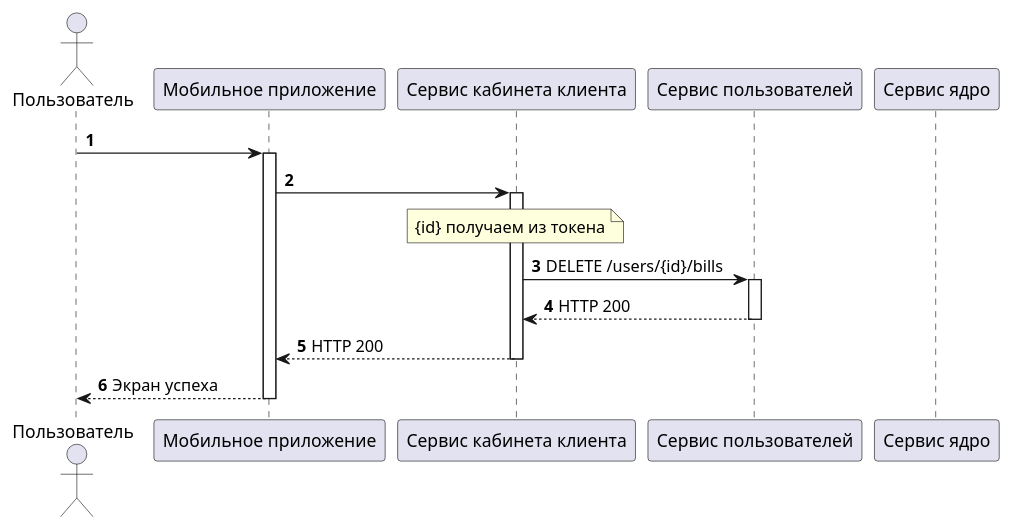
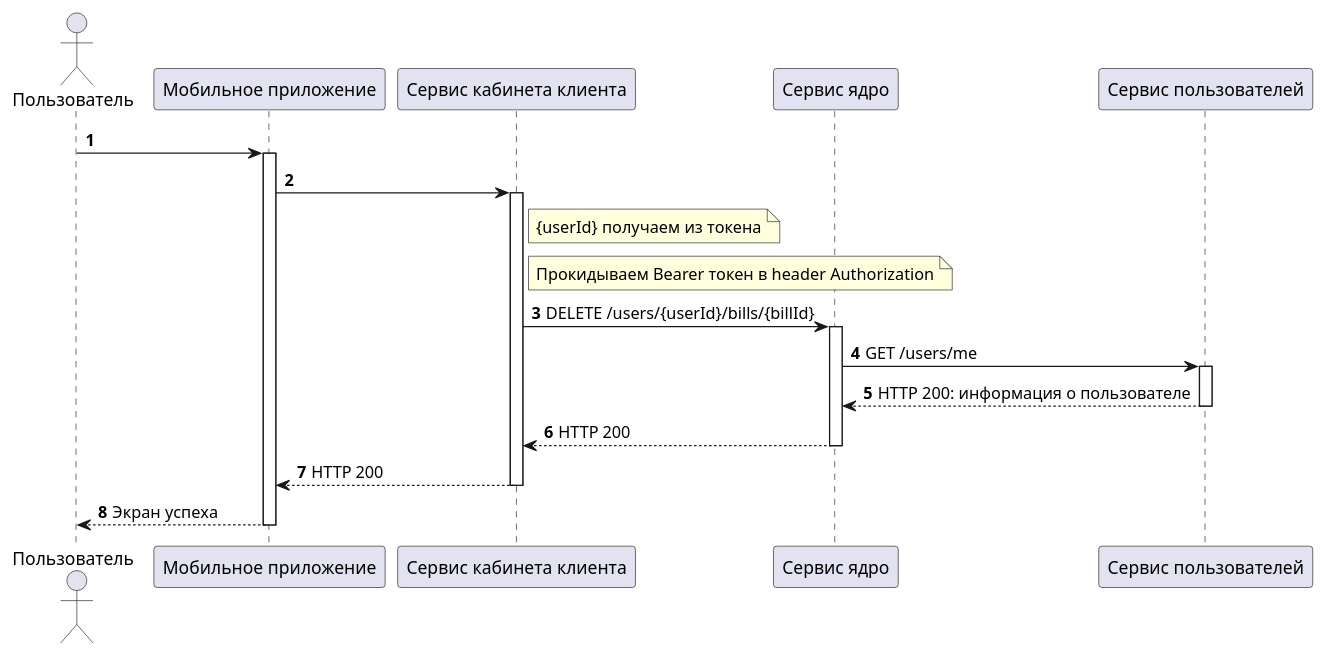
Before and after one commit to AlekseyFeofilov/HubaBank: the diagram in diagrams/client/Закрыть счет.puml, drawn with PlantUML. The commit also changed 13 other files, not shown here.

Commit message:
Исправление диаграмм

```diff
--- a/diagrams/client/Закрыть счет.puml
+++ b/diagrams/client/Закрыть счет.puml
@@ -1,28 +1,36 @@
 @startuml
 'https://plantuml.com/sequence-diagram
 
 autonumber
 
 actor "Пользователь" as User
 participant "Мобильное приложение" as MobileApp
 participant "Сервис кабинета клиента" as ClientService
+participant "Сервис ядро" as CoreService
 participant "Сервис пользователей" as UserService
-participant "Сервис ядро" as CoreService
 
 User -> MobileApp
 activate MobileApp
 
     MobileApp -> ClientService
     activate ClientService
 
-        note over ClientService
-        {id} получаем из токена
+        note right ClientService
+        {userId} получаем из токена
         end note
 
-        ClientService -> UserService: DELETE /users/{id}/bills
-        activate UserService
+        note right ClientService
+        Прокидываем Bearer токен в header Authorization
+        end note
+
+        ClientService -> CoreService: DELETE /users/{userId}/bills/{billId}
+        activate CoreService
+
+            CoreService -> UserService: GET /users/me
+            activate UserService
+            return HTTP 200: информация о пользователе
         return HTTP 200
     return HTTP 200
 return Экран успеха
 
 @enduml
```
